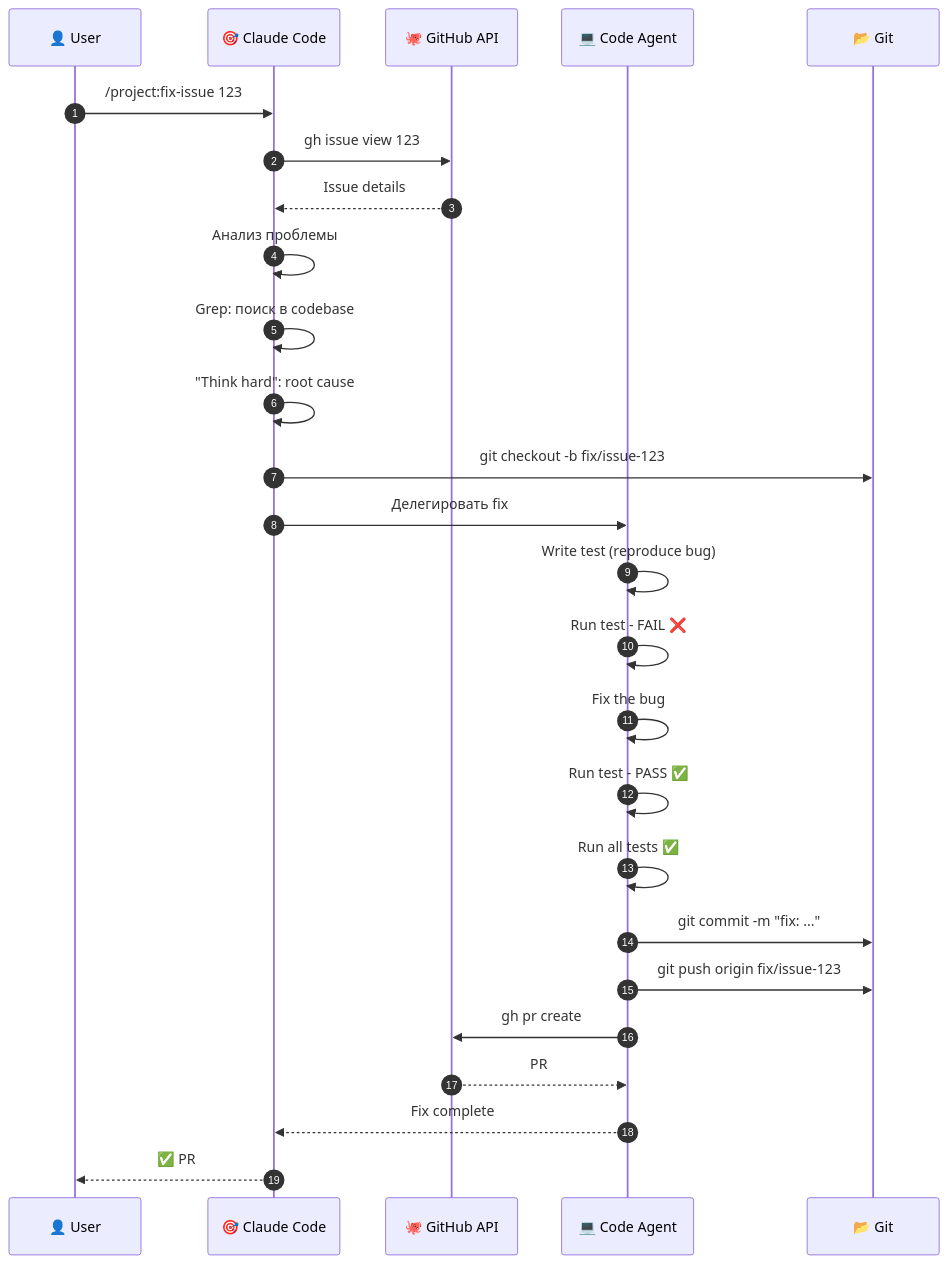
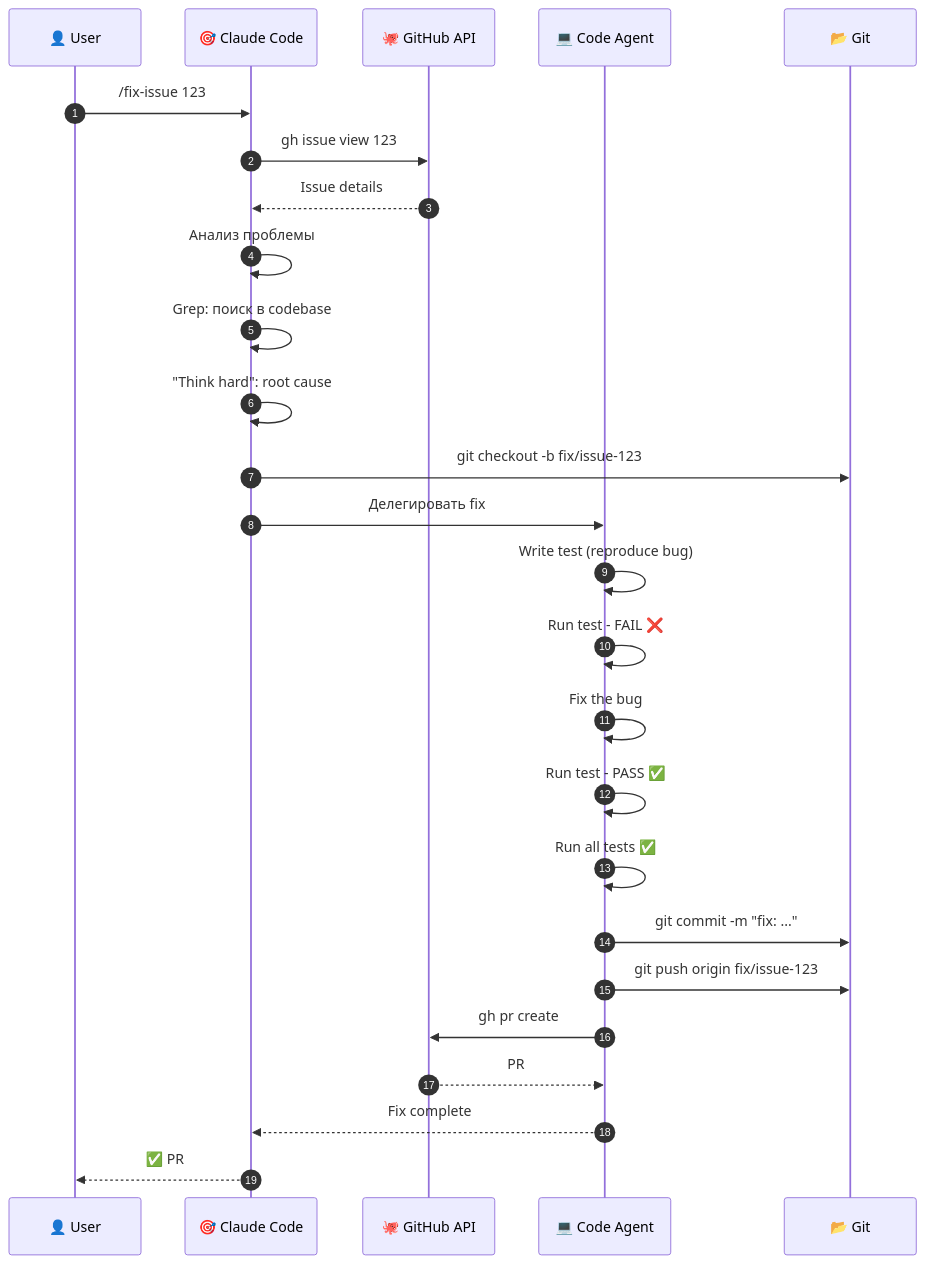
The fourth of 12 diagrams in SCENARIOS.md (nikitaCodeSave/Claude-Code-Kit), drawn with Mermaid before and after one commit. The commit also changed other lines of this file and 17 other files, not shown here.

````diff
--- a/SCENARIOS.md
+++ b/SCENARIOS.md
@@ -199,38 +199,38 @@
 ```mermaid
 sequenceDiagram
     autonumber
     participant U as 👤 User
     participant C as 🎯 Claude Code
     participant GH as 🐙 GitHub API
     participant CO as 💻 Code Agent
     participant G as 📂 Git
 
-    U->>C: /project:fix-issue 123
+    U->>C: /fix-issue 123
     
     C->>GH: gh issue view 123
     GH-->>C: Issue details
     
     C->>C: Анализ проблемы
     C->>C: Grep: поиск в codebase
     
     C->>C: "Think hard": root cause
     
     C->>G: git checkout -b fix/issue-123
     
     C->>CO: Делегировать fix
     
     CO->>CO: Write test (reproduce bug)
     CO->>CO: Run test - FAIL ❌
     CO->>CO: Fix the bug
     CO->>CO: Run test - PASS ✅
     CO->>CO: Run all tests ✅
     
     CO->>G: git commit -m "fix: ..."
     CO->>G: git push origin fix/issue-123
     
     CO->>GH: gh pr create
     GH-->>CO: PR #456 created
     
     CO-->>C: Fix complete
     C-->>U: ✅ PR #456 создан<br/>Fixes #123
 ```
````
